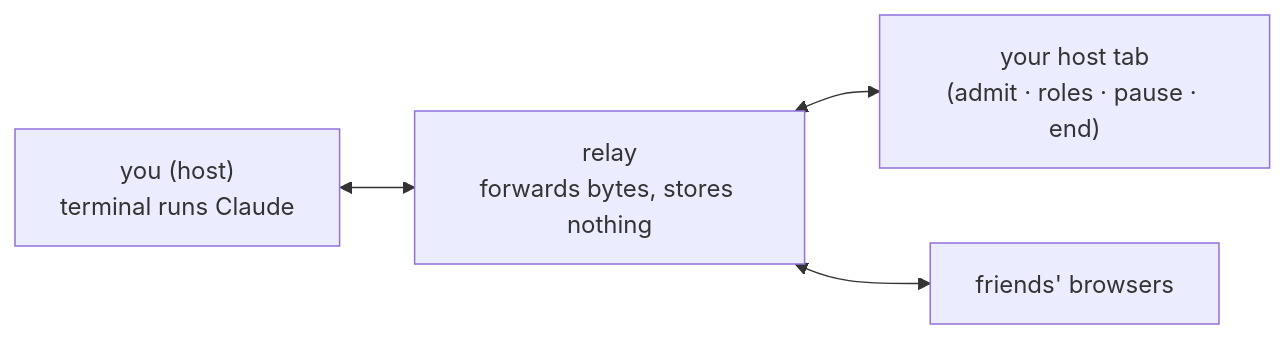
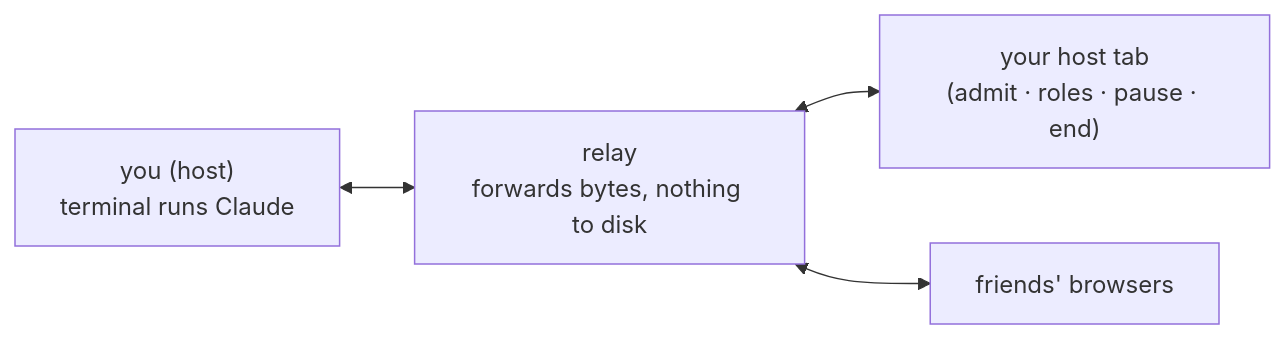
Before and after one commit to ir272/claudecollab: the diagram in README.md, drawn with Mermaid. The commit also changed other lines of this file and 1 other file, not shown here.

````diff
--- a/README.md
+++ b/README.md
@@ -9,6 +9,6 @@
 ```mermaid
 flowchart LR
-    H["you (host)<br/>terminal runs Claude"] <--> R["relay<br/>forwards bytes, stores nothing"]
+    H["you (host)<br/>terminal runs Claude"] <--> R["relay<br/>forwards bytes, nothing to disk"]
     R <--> HT["your host tab<br/>(admit · roles · pause · end)"]
     R <--> G["friends' browsers"]
 ```
````
